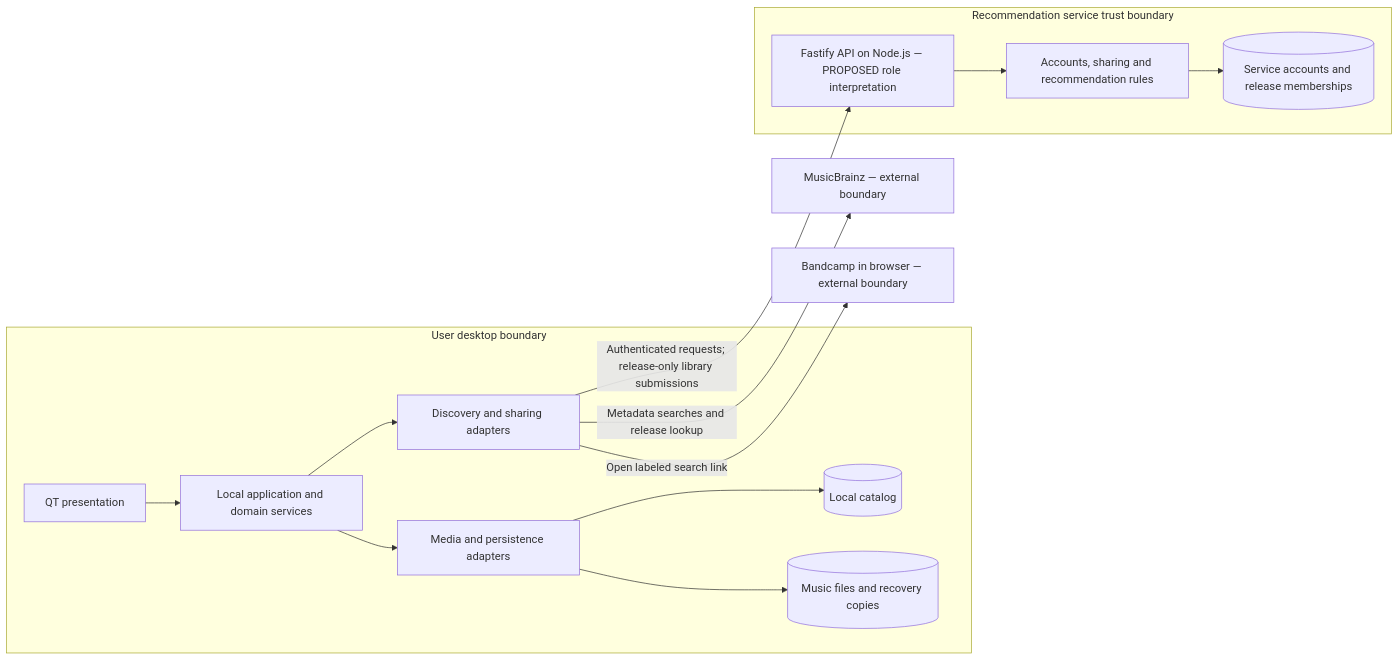
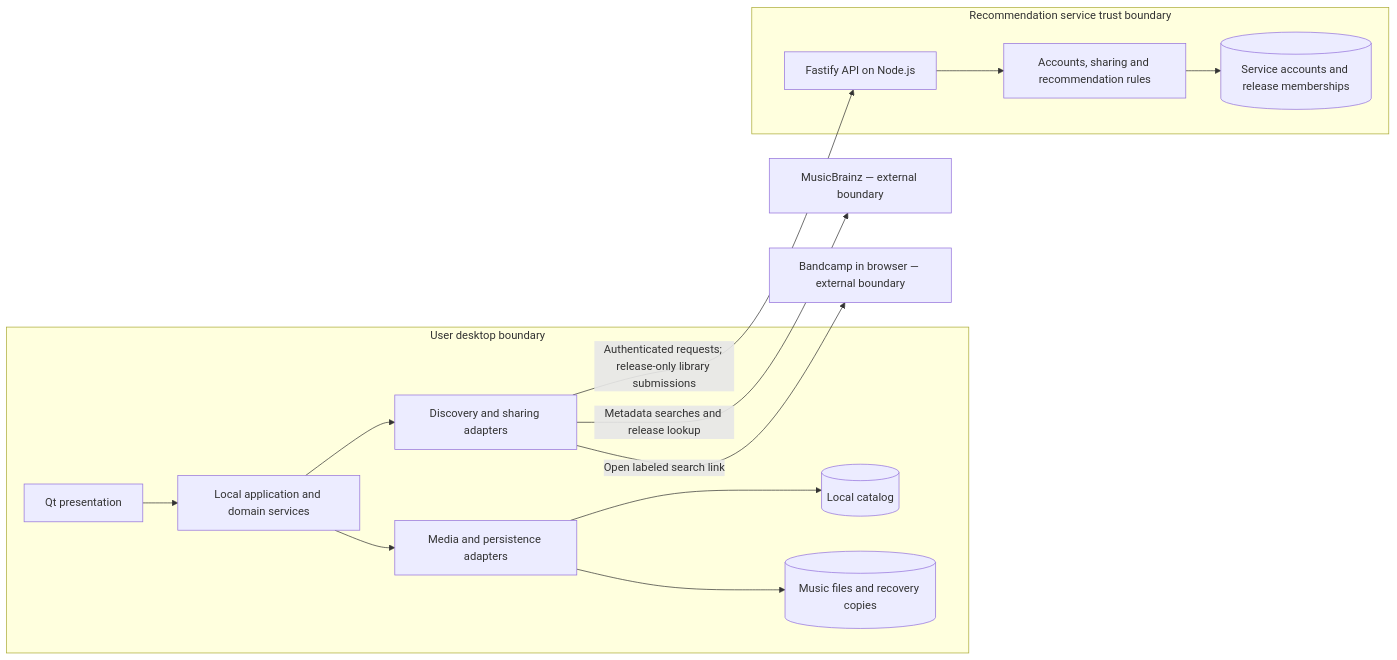
One commit to jmanico/tag-zeppelin changed the diagram in ARCHITECTURE.md. Above: the diagram before and after it, drawn with Mermaid. The commit also changed other lines of this file and 4 other files, not shown here.

````diff
--- a/ARCHITECTURE.md
+++ b/ARCHITECTURE.md
@@ -80,26 +80,26 @@
 ```mermaid
 flowchart LR
   subgraph Desktop["User desktop boundary"]
-    UI["QT presentation"]
+    UI["Qt presentation"]
     Local["Local application and domain services"]
     Media["Media and persistence adapters"]
     Net["Discovery and sharing adapters"]
     Catalog[("Local catalog")]
     Files[("Music files and recovery copies")]
     UI --> Local
     Local --> Media
     Media --> Catalog
     Media --> Files
     Local --> Net
   end
   subgraph Remote["Recommendation service trust boundary"]
-    API["Fastify API on Node.js — PROPOSED role interpretation"]
+    API["Fastify API on Node.js"]
     Domain["Accounts, sharing and recommendation rules"]
     Store[("Service accounts and release memberships")]
     API --> Domain
     Domain --> Store
   end
   Net -->|"Authenticated requests; release-only library submissions"| API
   Net -->|"Metadata searches and release lookup"| MB["MusicBrainz — external boundary"]
   Net -->|"Open labeled search link"| BC["Bandcamp in browser — external boundary"]
 ```
````
